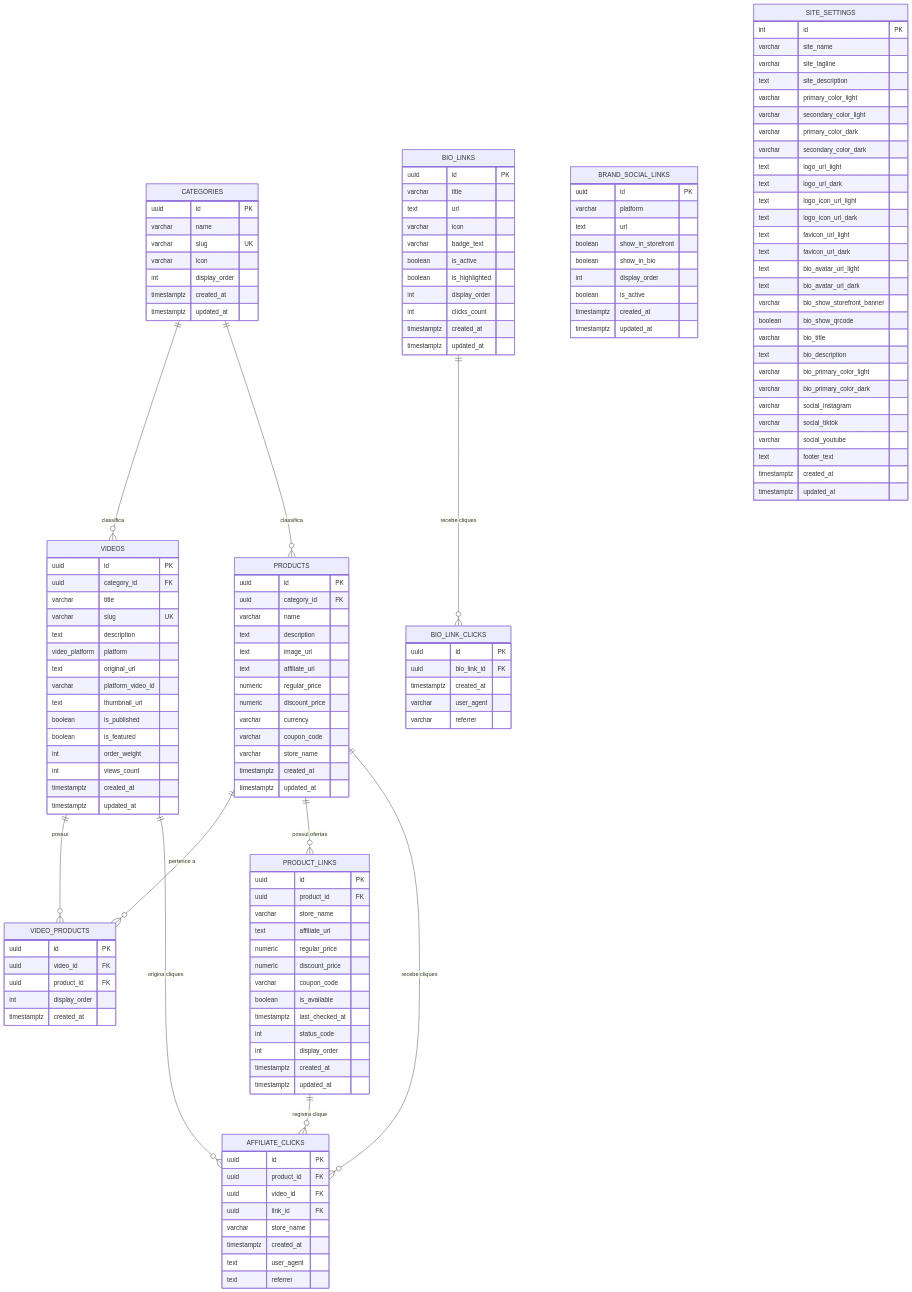
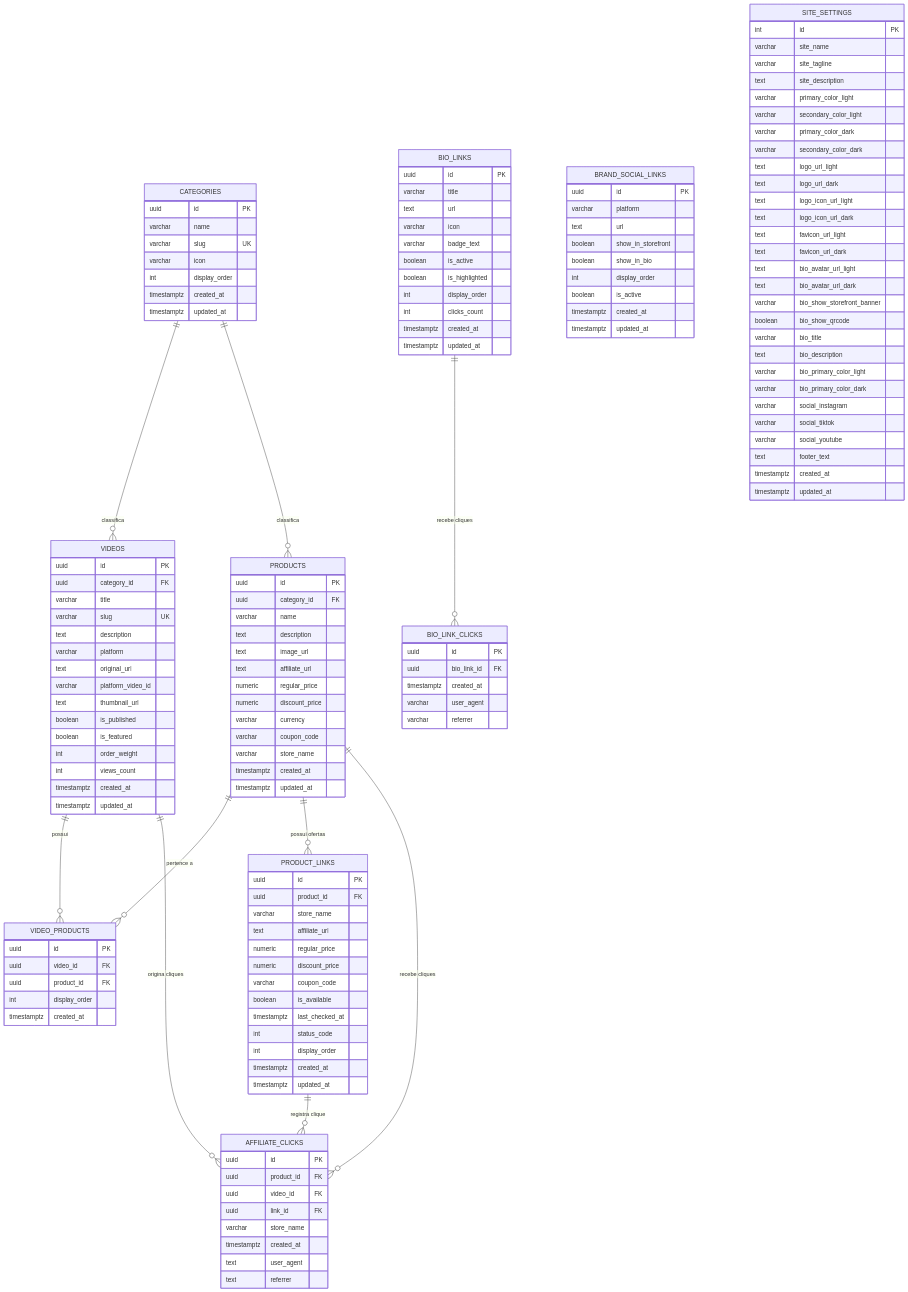
One commit to TheCheepeer/Promocuts changed the diagram in docs/DATABASE.md. Above: the diagram before and after it, drawn with Mermaid. The commit also changed other lines of this file and 19 other files, not shown here.

```diff
--- a/docs/DATABASE.md
+++ b/docs/DATABASE.md
@@ -99,7 +99,7 @@
         varchar title
         varchar slug UK
         text description
-        video_platform platform
+        varchar platform
         text original_url
         varchar platform_video_id
         text thumbnail_url
```
